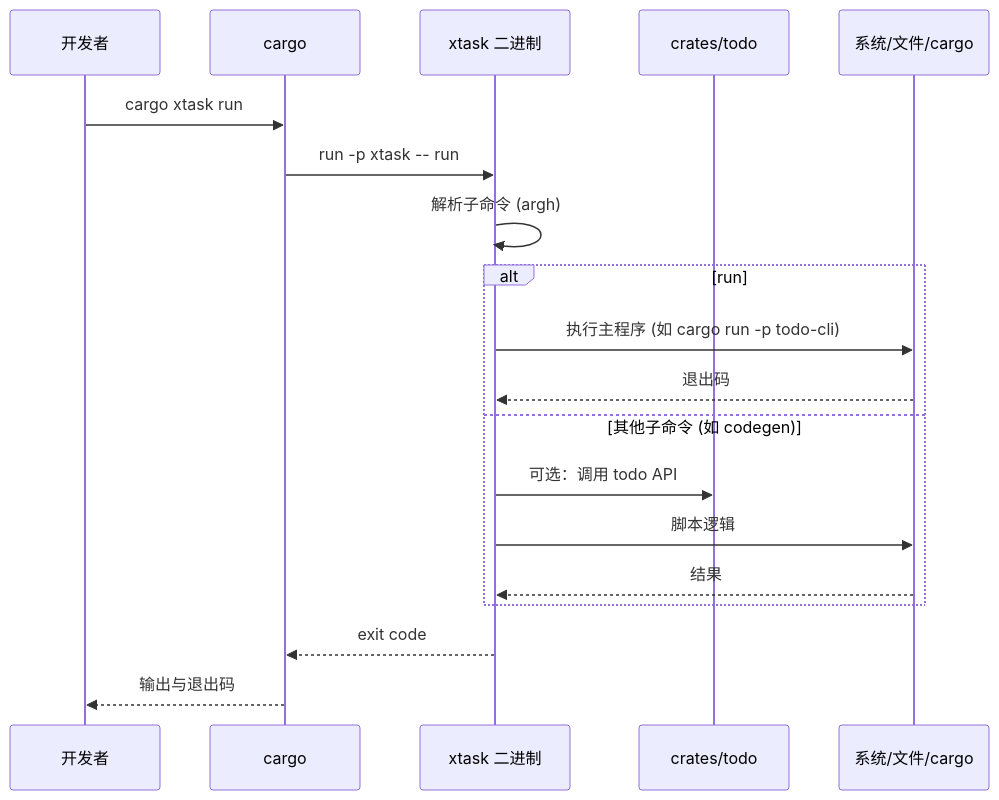
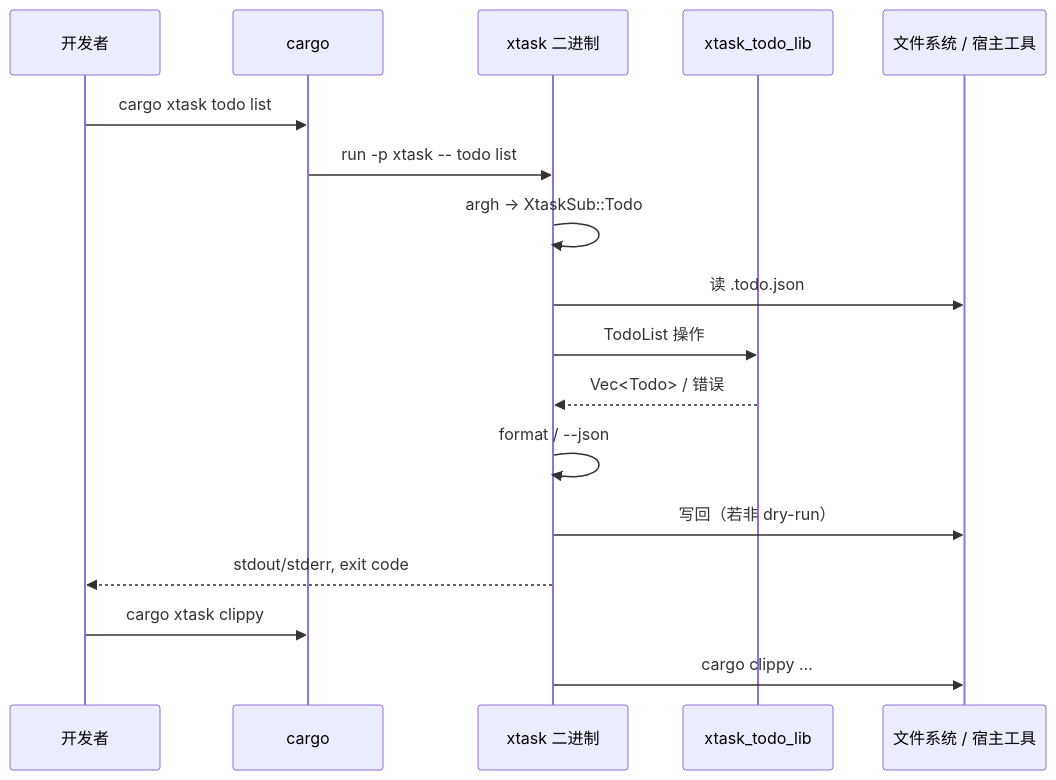
Before and after one commit to TangCan/xtask_todo: the second of 3 diagrams in docs/design.md, drawn with Mermaid. The commit also changed other lines of this file and 11 other files, not shown here.

````diff
--- a/docs/design.md
+++ b/docs/design.md
@@ -106,22 +117,21 @@
 ```mermaid
 sequenceDiagram
     participant Dev as 开发者
     participant Cargo as cargo
     participant Xtask as xtask 二进制
-    participant Todo as crates/todo
-    participant System as 系统/文件/cargo
+    participant Lib as xtask_todo_lib
+    participant FS as 文件系统 / 宿主工具
 
-    Dev->>Cargo: cargo xtask run
-    Cargo->>Xtask: run -p xtask -- run
-    Xtask->>Xtask: 解析子命令 (argh)
-    alt run
-        Xtask->>System: 执行主程序 (如 cargo run -p todo-cli)
-        System-->>Xtask: 退出码
-    else 其他子命令 (如 codegen)
-        Xtask->>Todo: 可选：调用 todo API
-        Xtask->>System: 脚本逻辑
-        System-->>Xtask: 结果
-    end
-    Xtask-->>Cargo: exit code
-    Cargo-->>Dev: 输出与退出码
+    Dev->>Cargo: cargo xtask todo list
+    Cargo->>Xtask: run -p xtask -- todo list
+    Xtask->>Xtask: argh → XtaskSub::Todo
+    Xtask->>FS: 读 .todo.json
+    Xtask->>Lib: TodoList 操作
+    Lib-->>Xtask: Vec<Todo> / 错误
+    Xtask->>Xtask: format / --json
+    Xtask->>FS: 写回（若非 dry-run）
+    Xtask-->>Dev: stdout/stderr, exit code
+
+    Dev->>Cargo: cargo xtask clippy
+    Xtask->>FS: cargo clippy …
 ```
````
